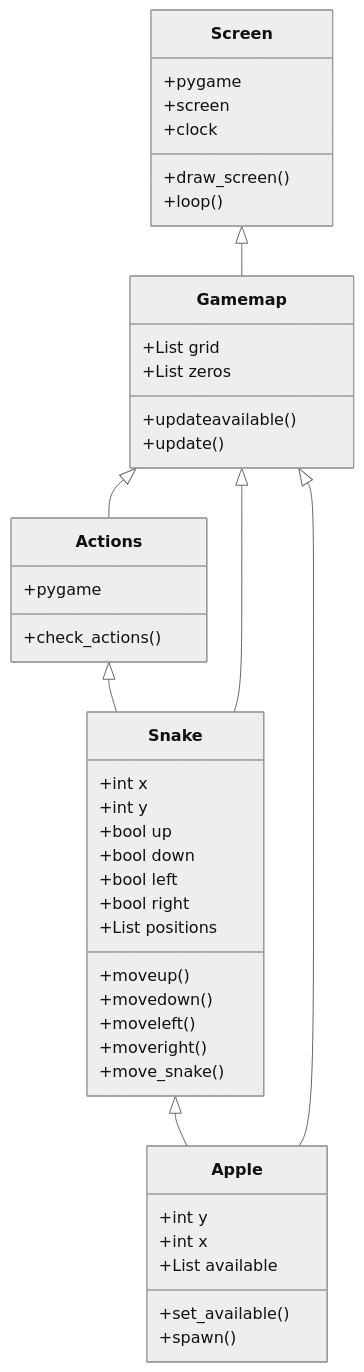
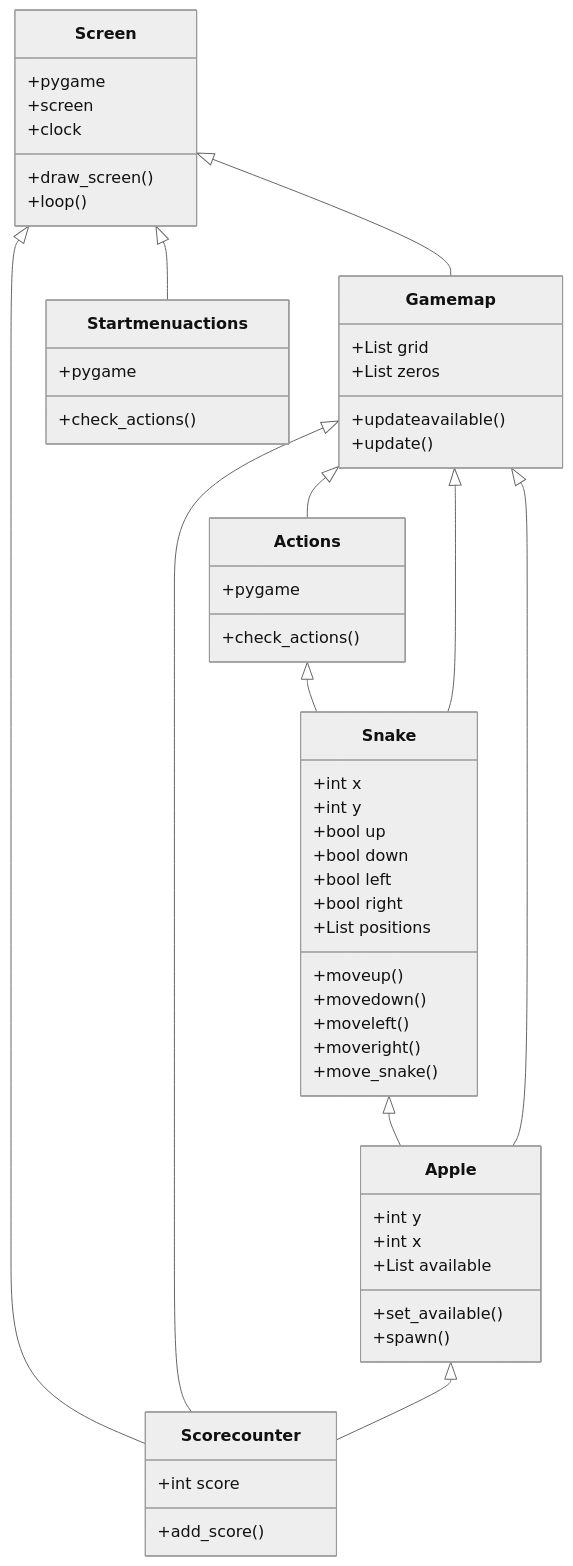
One commit to ThomasGrundstrom/ot-harjoitustyo changed the first of 2 diagrams in dokumentaatio/arkkitehtuuri.md. Above: the diagram before and after it, drawn with Mermaid (neutral theme). The commit also changed other lines of this file, not shown here.

````diff
--- a/dokumentaatio/arkkitehtuuri.md
+++ b/dokumentaatio/arkkitehtuuri.md
@@ -3,48 +5,60 @@
 ```mermaid
  classDiagram
 	Screen <|-- Gamemap
+	Screen <|-- Scorecounter
+	Screen <|-- Startmenuactions
 	Gamemap <|-- Actions
+	Gamemap <|-- Scorecounter
 	Actions <|-- Snake
 	Gamemap <|-- Snake
 	Snake <|-- Apple
 	Gamemap <|-- Apple
+	Apple <|-- Scorecounter
 	class Screen{
 		+pygame
 		+screen
 		+clock
 		+draw_screen()
 		+loop()
 	}
 	class Gamemap{
 		+List grid
 		+List zeros
 		+updateavailable()
 		+update()
 	}
 	class Actions{
 		+pygame
 		+check_actions()
 	}
 	class Snake{
 		+int x
 		+int y
 		+bool up
 		+bool down
 		+bool left
 		+bool right
 		+List positions
 		+moveup()
 		+movedown()
 		+moveleft()
 		+moveright()
 		+move_snake()
 	}
 	class Apple{
 		+int y
 		+int x
 		+List available
 		+set_available()
 		+spawn()
 	}
+	class Scorecounter{
+		+int score
+		+add_score()
+	}
+	class Startmenuactions{
+		+pygame
+		+check_actions()
+	}
 
 ```
````
